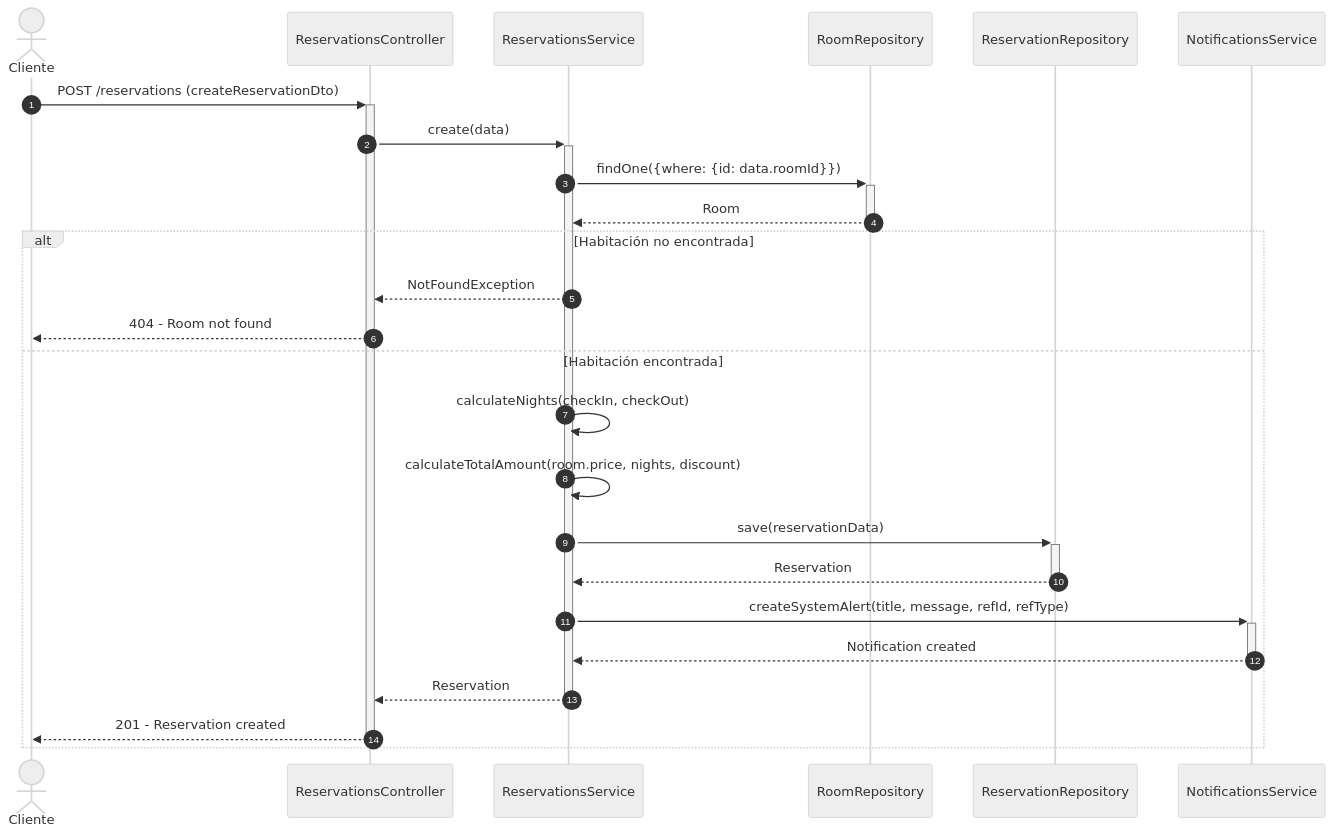
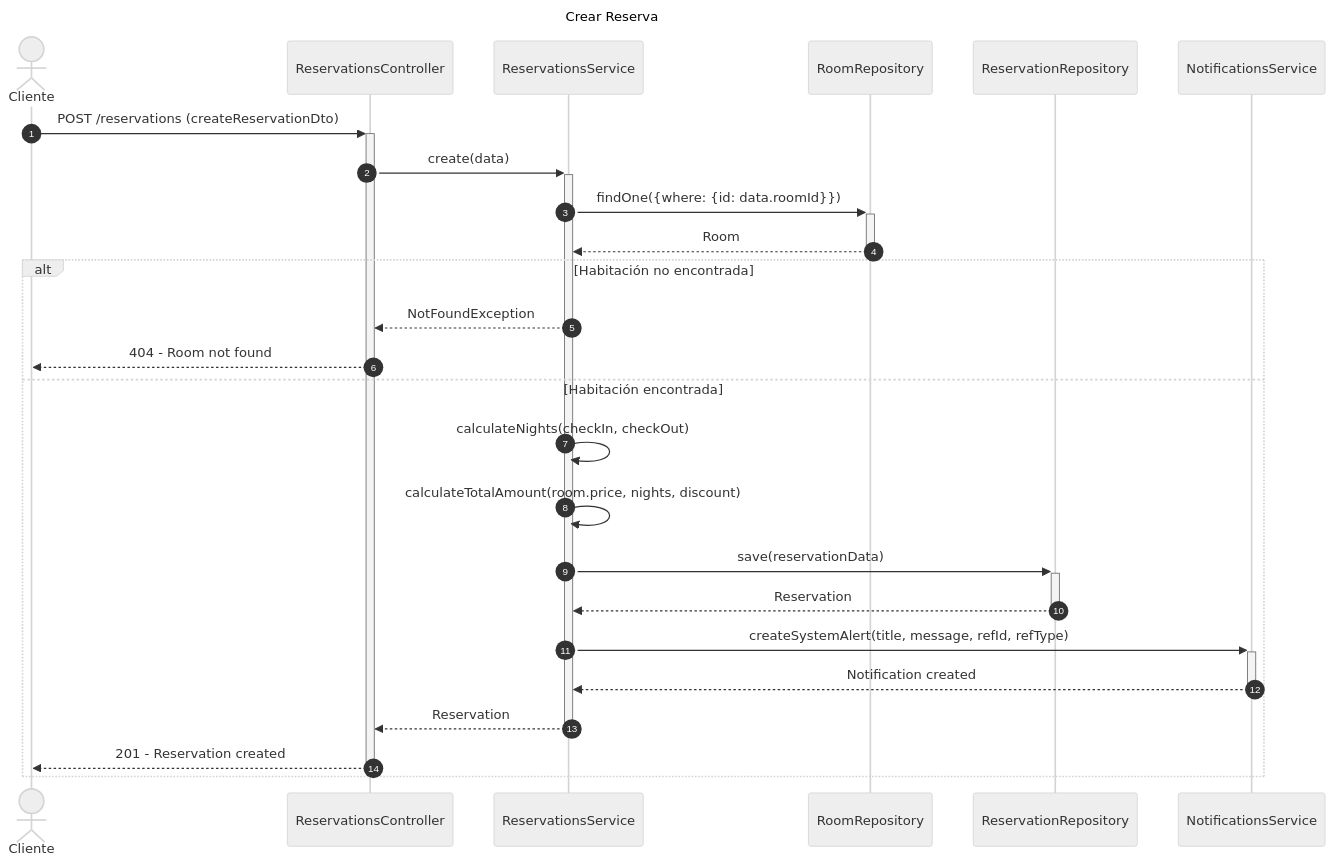
One commit to Nick220505/hotelier-backend changed the first of 5 diagrams in diagrams/sequence/reservations-sequence-diagram.md. Above: the diagram before and after it, drawn with Mermaid (neutral theme). The commit also changed other lines of this file and 5 other files, not shown here.

Commit message:
Add titles to sequence diagrams for Billing, Employees, Inventory, Reservations, Restaurant, and Users modules

````diff
--- a/diagrams/sequence/reservations-sequence-diagram.md
+++ b/diagrams/sequence/reservations-sequence-diagram.md
@@ -5,33 +5,36 @@
 ```mermaid
+---
+title: Crear Reserva
+---
 sequenceDiagram
     autonumber
     actor Cliente
     participant Controller as ReservationsController
     participant Service as ReservationsService
     participant RoomRepo as RoomRepository
     participant ReservationRepo as ReservationRepository
     participant Notifications as NotificationsService
 
     Cliente->>+Controller: POST /reservations (createReservationDto)
     Controller->>+Service: create(data)
     
     Service->>+RoomRepo: findOne({where: {id: data.roomId}})
     RoomRepo-->>-Service: Room
     
     alt Habitación no encontrada
         Service-->>Controller: NotFoundException
         Controller-->>Cliente: 404 - Room not found
     else Habitación encontrada
         Service->>Service: calculateNights(checkIn, checkOut)
         Service->>Service: calculateTotalAmount(room.price, nights, discount)
         
         Service->>+ReservationRepo: save(reservationData)
         ReservationRepo-->>-Service: Reservation
         
         Service->>+Notifications: createSystemAlert(title, message, refId, refType)
         Notifications-->>-Service: Notification created
         
         Service-->>-Controller: Reservation
         Controller-->>-Cliente: 201 - Reservation created
     end
 ```
````
